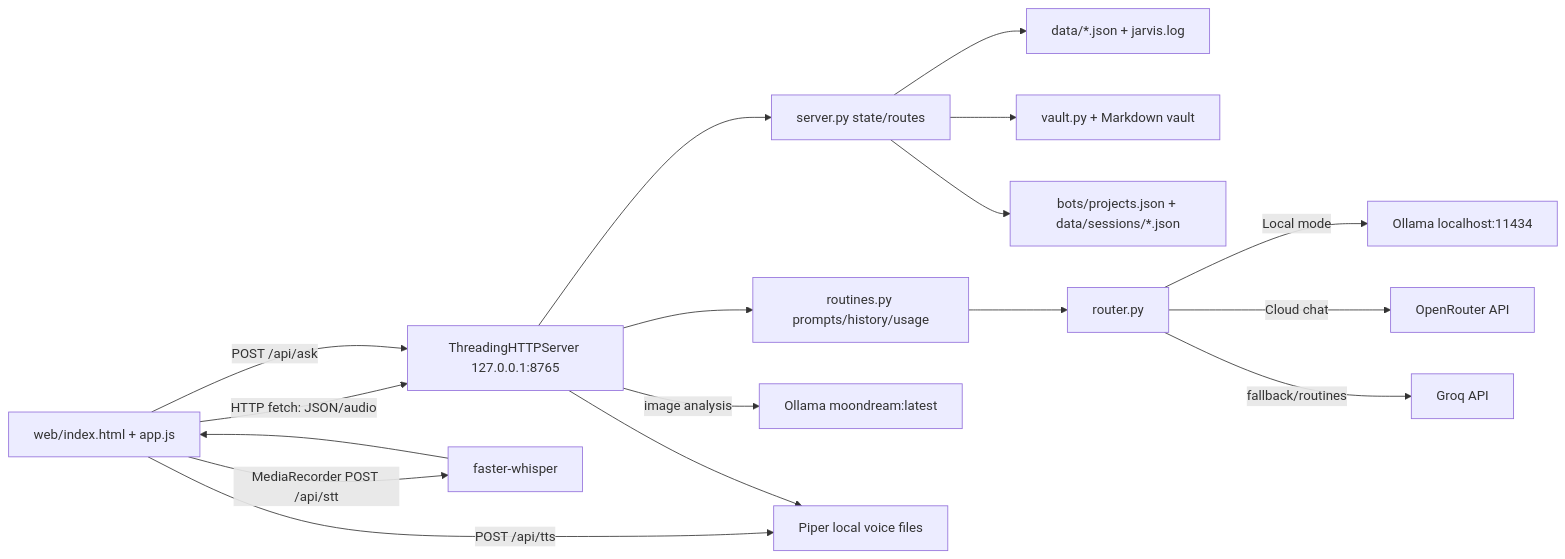
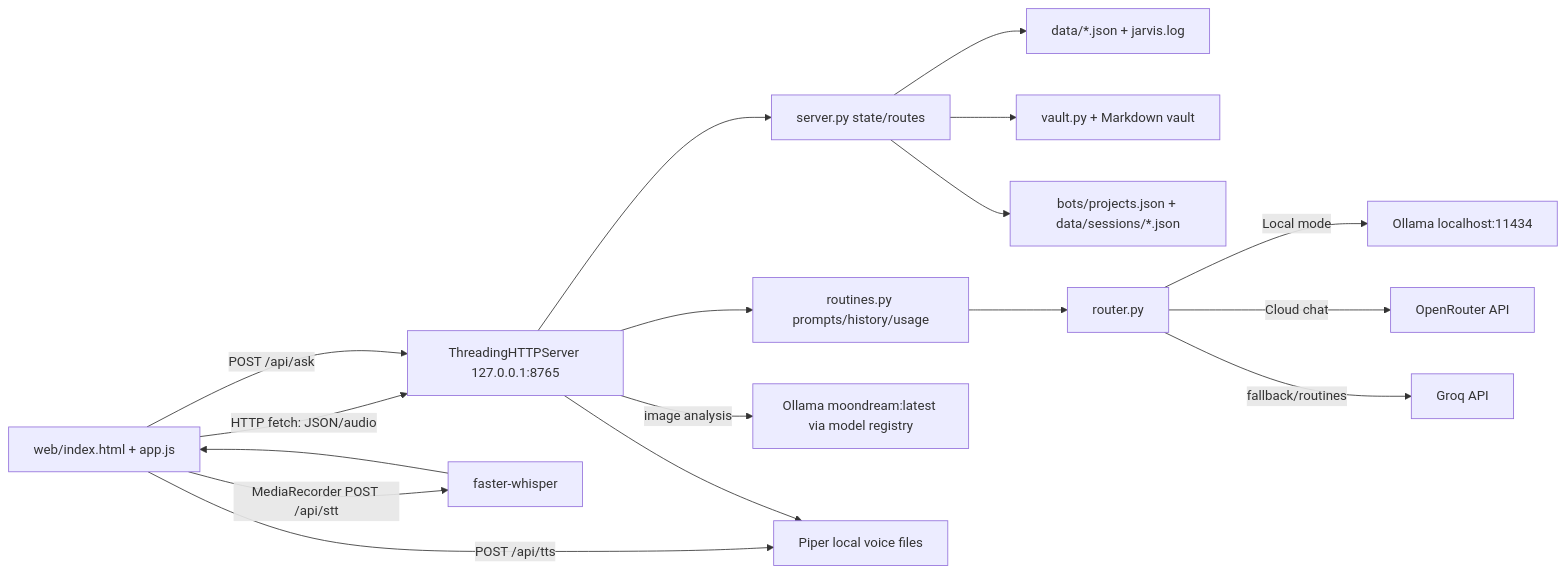
Before and after one commit to cyrusssdesosaa-png/ella: the first of 2 diagrams in docs/ARCHITECTURE.md, drawn with Mermaid. The commit also changed other lines of this file and 21 other files, not shown here.

First line of the commit message:
Phase 2: add permission, task, context, and model registry

````diff
--- a/docs/ARCHITECTURE.md
+++ b/docs/ARCHITECTURE.md
@@ -21,19 +25,19 @@
 ```mermaid
 flowchart LR
   Browser[web/index.html + app.js] -->|HTTP fetch: JSON/audio| Server[ThreadingHTTPServer 127.0.0.1:8765]
   Server --> State[server.py state/routes]
   State --> Store[data/*.json + jarvis.log]
   State --> Vault[vault.py + Markdown vault]
   State --> Projects[bots/projects.json + data/sessions/*.json]
   Server --> Routine[routines.py prompts/history/usage]
   Routine --> Router[router.py]
   Router -->|Local mode| Ollama[Ollama localhost:11434]
   Router -->|Cloud chat| OpenRouter[OpenRouter API]
   Router -->|fallback/routines| Groq[Groq API]
-  Server -->|image analysis| Vision[Ollama moondream:latest]
+  Server -->|image analysis| Vision[Ollama moondream:latest via model registry]
   Browser -->|MediaRecorder POST /api/stt| STT[faster-whisper]
   STT --> Browser
   Browser -->|POST /api/ask| Server
   Browser -->|POST /api/tts| TTS[Piper local voice files]
   Server --> TTS
 ```
````
